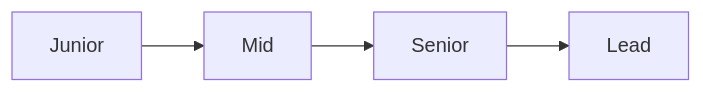
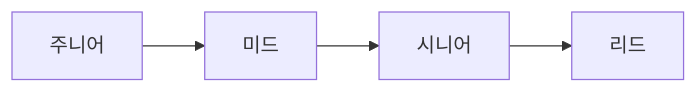
Before and after one commit to yeongseon-books/book-content: the diagram in content/data-science-career-101/ko/10-path-to-senior.md, drawn with Mermaid. The commit also changed other lines of this file and 9 other files, not shown here.

````diff
--- a/content/data-science-career-101/ko/10-path-to-senior.md
+++ b/content/data-science-career-101/ko/10-path-to-senior.md
@@ -33,6 +41,6 @@
 ```mermaid
 flowchart LR
-    J[Junior] --> M[Mid]
-    M --> S[Senior]
-    S --> L[Lead]
+    J[주니어] --> M[미드]
+    M --> S[시니어]
+    S --> L[리드]
 ```
````
